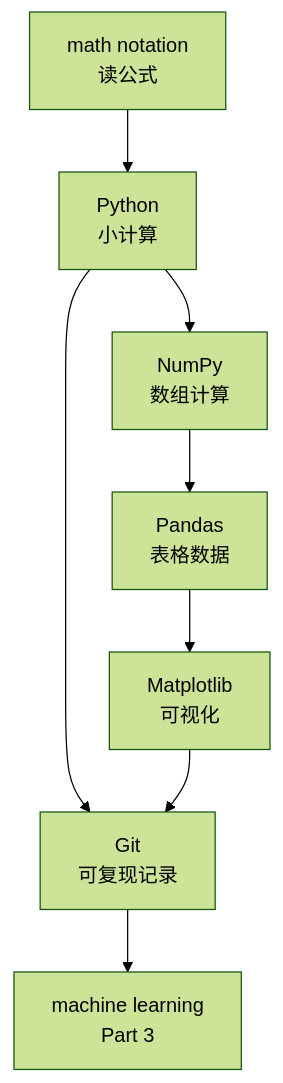
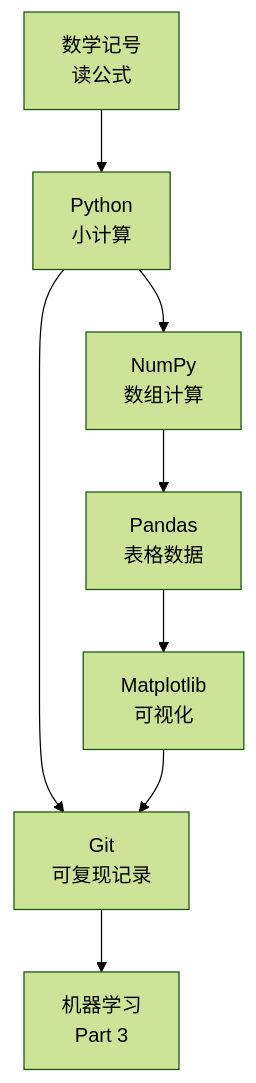
One commit to devchan64/AiBook changed the diagram in docs/assets/part-02/chapter-15/part2-learning-map-flow-zh.mmd. Above: the diagram before and after it, drawn with Mermaid (forest theme). The commit also changed 200 other files, not shown here.

```diff
--- a/docs/assets/part-02/chapter-15/part2-learning-map-flow-zh.mmd
+++ b/docs/assets/part-02/chapter-15/part2-learning-map-flow-zh.mmd
@@ -1,15 +1,15 @@
 flowchart TD
-  A["math notation<br/>读公式"]
+  A["数学记号<br/>读公式"]
   B["Python<br/>小计算"]
   C["NumPy<br/>数组计算"]
   D["Pandas<br/>表格数据"]
   E["Matplotlib<br/>可视化"]
   F["Git<br/>可复现记录"]
-  G["machine learning<br/>Part 3"]
+  G["机器学习<br/>Part 3"]
 
   A --> B --> C
   C --> D
   D --> E
   B --> F
   E --> F
   F --> G
```
